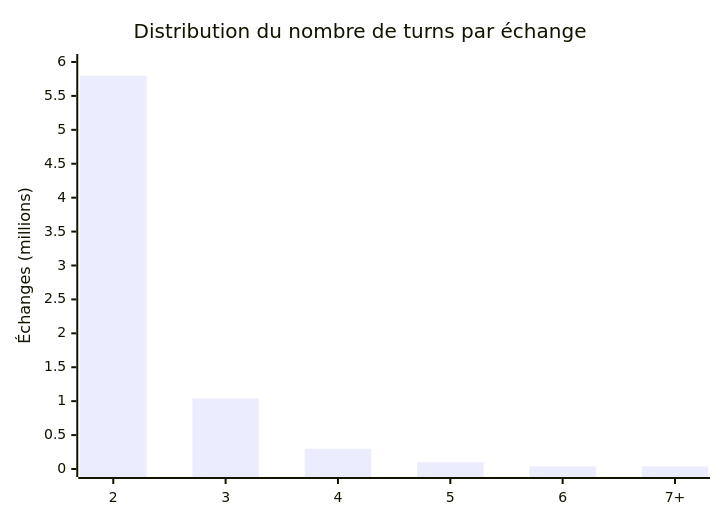
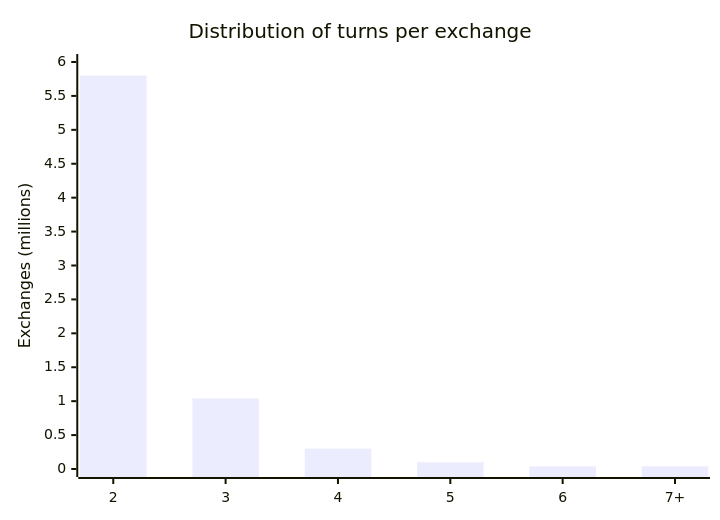
Before and after one commit to protocol-luna/krystal: diagram 14 of 14 in README.md, drawn with Mermaid. The commit also changed other lines of this file and 47 other files, not shown here.

Commit message:
translate all docs to English, dark theme diagrams, add export script

````diff
--- a/README.md
+++ b/README.md
@@ -845,7 +856,7 @@
 ```mermaid
 xychart-beta
-  title "Distribution du nombre de turns par échange"
+  title "Distribution of turns per exchange"
   x-axis ["2", "3", "4", "5", "6", "7+"]
-  y-axis "Échanges (millions)" 0 --> 6
+  y-axis "Exchanges (millions)" 0 --> 6
   bar [5.80, 1.04, 0.30, 0.10, 0.04, 0.04]
 ```
````
